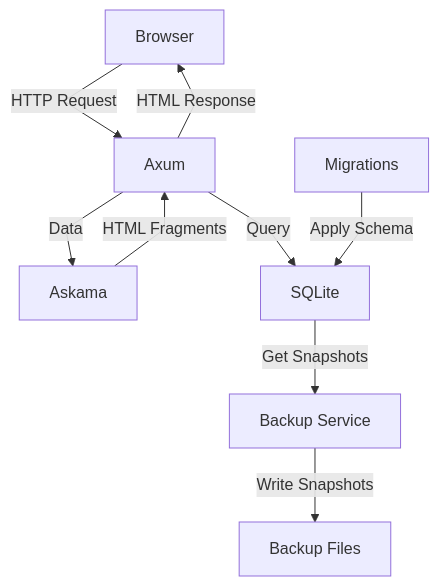
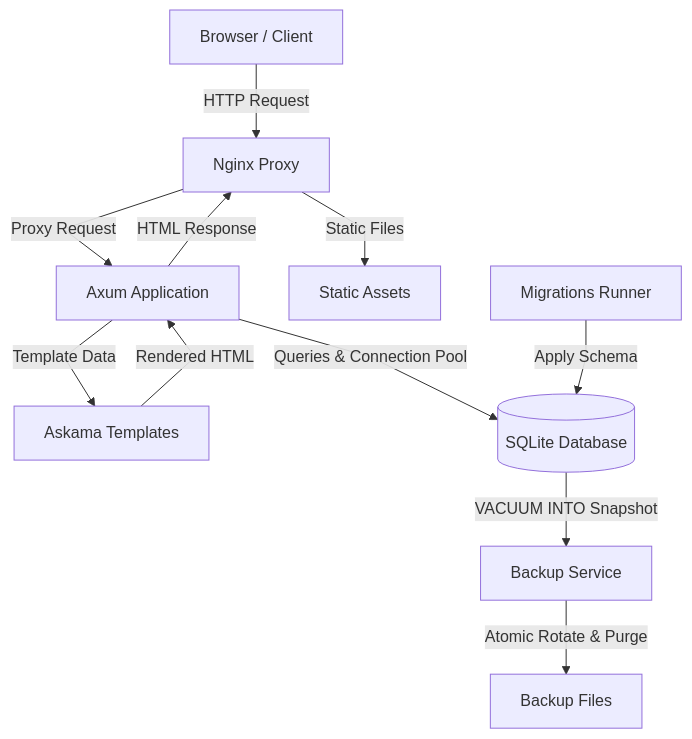
Before and after one commit to justpranavrs/filebase: the diagram in README.md, drawn with Mermaid. The commit also changed other lines of this file and 25 other files, not shown here.

````diff
--- a/README.md
+++ b/README.md
@@ -22,16 +22,18 @@
 ```mermaid
 ---
 config:
   flowchart:
     curve: linear
 ---
 flowchart TB
-    B[Browser] -->|HTTP Request| A[Axum]
-    A -->|HTML Response| B
-    A -->|Data| T[Askama]
-    T -->|HTML Fragments| A
-    A -->|Query| D[SQLite]
-    M[Migrations] -->|Apply Schema| D
-    D -->|Get Snapshots| S[Backup Service]
-    S -->|Write Snapshots| F[Backup Files]
+    B[Browser / Client] -->|HTTP Request| N[Nginx Proxy]
+    N -->|Proxy Request| A[Axum Application]
+    N -->|Static Files| ST[Static Assets]
+    A -->|HTML Response| N
+    A -->|Template Data| T[Askama Templates]
+    T -->|Rendered HTML| A
+    A -->|Queries & Connection Pool| D[(SQLite Database)]
+    M[Migrations Runner] -->|Apply Schema| D
+    D -->|VACUUM INTO Snapshot| S[Backup Service]
+    S -->|Atomic Rotate & Purge| F[Backup Files]
 ```
````
